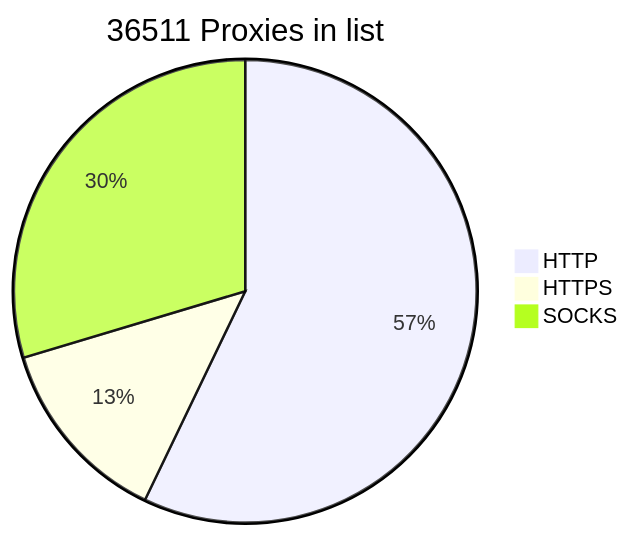
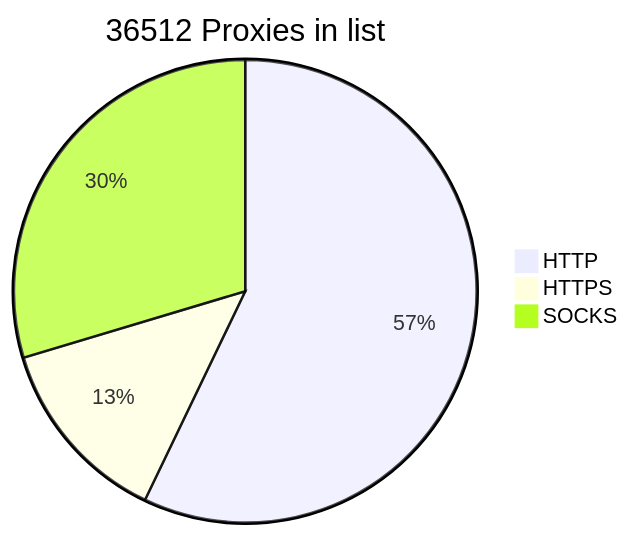
One commit to BlackSnowDot/proxylist-update-every-minute changed the diagram in README.md. Above: the diagram before and after it, drawn with Mermaid.

````diff
--- a/README.md
+++ b/README.md
@@ -2,6 +2,6 @@
 ```mermaid
-pie title 36511 Proxies in list
+pie title 36512 Proxies in list
     "HTTP" : 23173
-    "HTTPS": 5370
+    "HTTPS": 5371
     "SOCKS" : 12019
 ```
````
